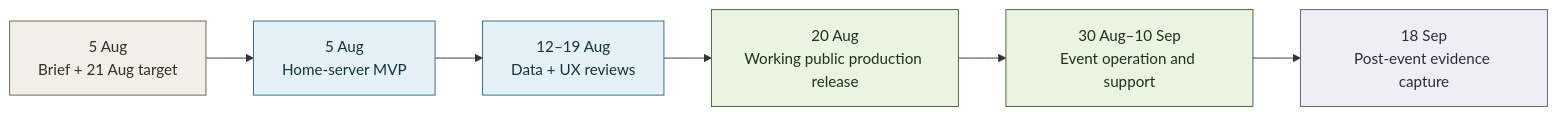
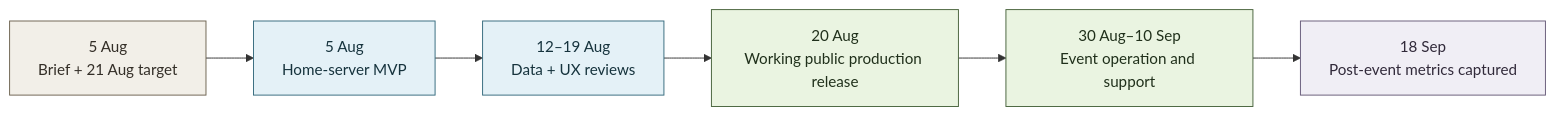
One commit to jackyngtf/wellness-village-event-platform changed the diagram in docs/diagrams/delivery-evolution.mmd. Above: the diagram before and after it, drawn with Mermaid. The commit also changed 55 other files, not shown here.

```diff
--- a/docs/diagrams/delivery-evolution.mmd
+++ b/docs/diagrams/delivery-evolution.mmd
@@ -1,22 +1,22 @@
 flowchart LR
     BRIEF["5 Aug<br/>Brief + 21 Aug target"]
     MVP["5 Aug<br/>Home-server MVP"]
     ITERATE["12–19 Aug<br/>Data + UX reviews"]
     RELEASE["20 Aug<br/>Working public production release"]
     OPERATE["30 Aug–10 Sep<br/>Event operation and support"]
-    EVIDENCE["18 Sep<br/>Post-event evidence capture"]
+    EVIDENCE["18 Sep<br/>Post-event metrics captured"]
 
     BRIEF --> MVP
     MVP --> ITERATE
     ITERATE --> RELEASE
     RELEASE --> OPERATE
     OPERATE --> EVIDENCE
 
     classDef planning fill:#f2efe8,stroke:#6d6250,color:#332e27
     classDef preview fill:#e4f1f7,stroke:#356a7d,color:#16333d
     classDef delivery fill:#eaf4e1,stroke:#48633c,color:#20301b
     classDef evidence fill:#f0eef5,stroke:#675b79,color:#312a3a
     class BRIEF planning
     class MVP,ITERATE preview
     class RELEASE,OPERATE delivery
     class EVIDENCE evidence
```
